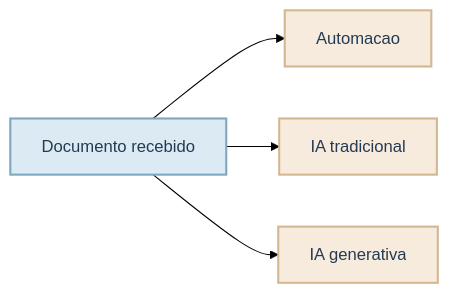
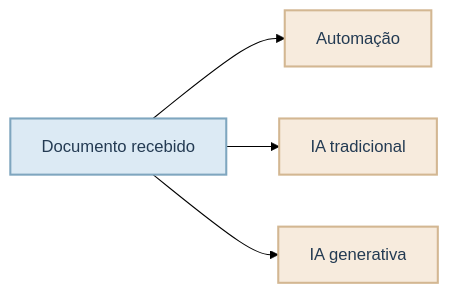
Before and after one commit to mikaelakihitto/self-study-data-science: diagram 14 of 51 in temas/introducao_pratica_ia_e_genia/estudo/aula1.qmd, drawn with Mermaid (forest theme). The commit also changed other lines of this file, not shown here.

````diff
--- a/temas/introducao_pratica_ia_e_genia/estudo/aula1.qmd
+++ b/temas/introducao_pratica_ia_e_genia/estudo/aula1.qmd
@@ -343,14 +334,14 @@
 ```{mermaid}
 %%| fig-align: center
 %%| out-width: 72%
 graph LR
-    A[Documento recebido] --> B[Automacao]
+    A[Documento recebido] --> B[Automação]
     A --> C[IA tradicional]
     A --> D[IA generativa]
     %% Definicao das cores
     classDef styleAzul fill:#DCEAF4,stroke:#7FA6BF,stroke-width:2px,color:#243B53;
     classDef styleVerde fill:#E7F2E8,stroke:#90B29A,stroke-width:2px,color:#243B53;
     classDef styleAreia fill:#F7EBDD,stroke:#D3B792,stroke-width:2px,color:#243B53;
     class A styleAzul;
     class B,C,D styleAreia;
 ```
````
